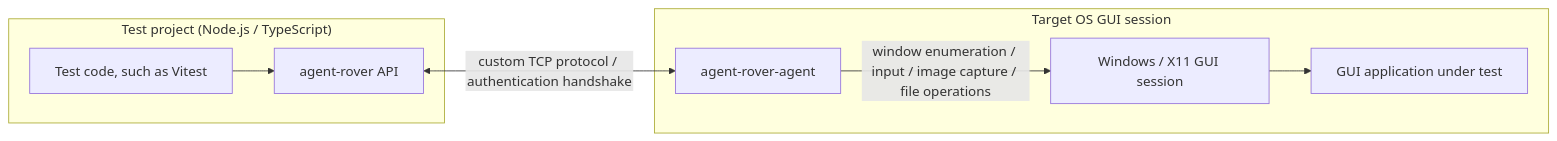
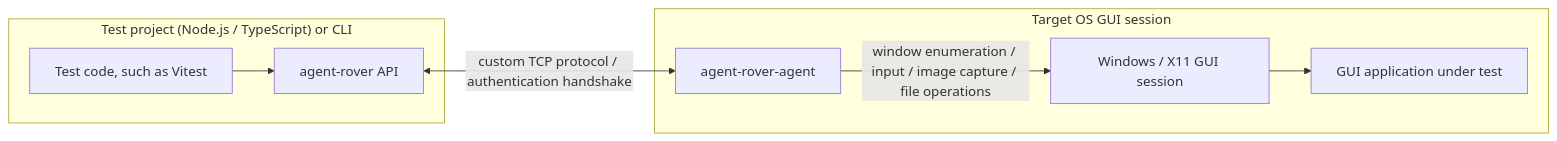
One commit to kekyo/agent-rover changed the diagram in README.md. Above: the diagram before and after it, drawn with Mermaid. The commit also changed other lines of this file and 5 other files, not shown here.

````diff
--- a/README.md
+++ b/README.md
@@ -25,18 +26,18 @@
 ```mermaid
 flowchart LR
-  subgraph TestProject["Test project (Node.js / TypeScript)"]
+  subgraph TestProject["Test project (Node.js / TypeScript) or CLI"]
     TestCode["Test code, such as Vitest"]
     Driver["agent-rover API"]
     TestCode --> Driver
   end
 
   subgraph TargetSession["Target OS GUI session"]
     Agent["agent-rover-agent"]
     GuiSession["Windows / X11 GUI session"]
     Application["GUI application under test"]
     Agent -->|window enumeration / input / image capture / file operations| GuiSession
     GuiSession --> Application
   end
 
   Driver <-->|custom TCP protocol / authentication handshake| Agent
 ```
````
